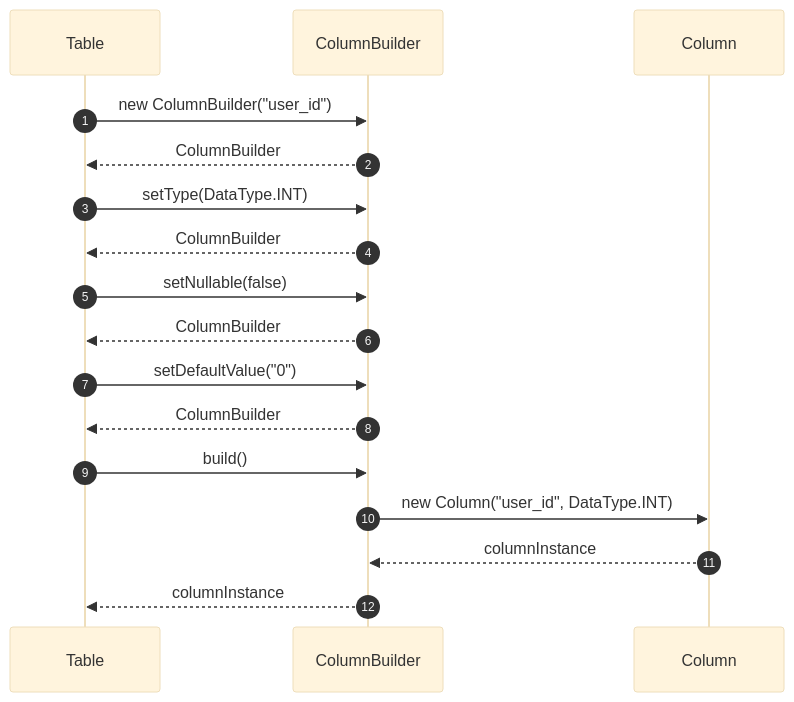
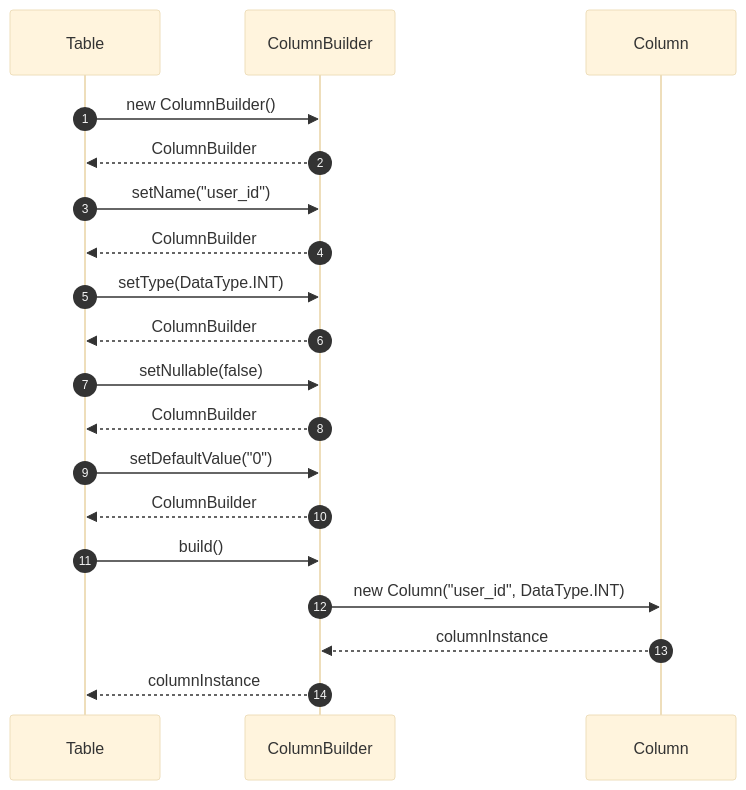
Before and after one commit to Dikhang1112/Database_Management_BBV: the tenth of 15 diagrams in docs/design_patterns/metadata/Sequece.md, drawn with Mermaid (base theme). The commit also changed other lines of this file and 7 other files, not shown here.

Commit message:
Implement class diagram for metadata - database object

````diff
--- a/docs/design_patterns/metadata/Sequece.md
+++ b/docs/design_patterns/metadata/Sequece.md
@@ -236,20 +237,22 @@
 ```mermaid
 sequenceDiagram
     autonumber
     participant Table as Table
     participant CB as ColumnBuilder
     participant Col as Column
 
-    Table->>CB: new ColumnBuilder("user_id")
+    Table->>CB: new ColumnBuilder()
+    CB-->>Table: ColumnBuilder
+    Table->>CB: setName("user_id")
     CB-->>Table: ColumnBuilder
     Table->>CB: setType(DataType.INT)
     CB-->>Table: ColumnBuilder
     Table->>CB: setNullable(false)
     CB-->>Table: ColumnBuilder
     Table->>CB: setDefaultValue("0")
     CB-->>Table: ColumnBuilder
     Table->>CB: build()
     CB->>Col: new Column("user_id", DataType.INT)
     Col-->>CB: columnInstance
     CB-->>Table: columnInstance
 ```
````
